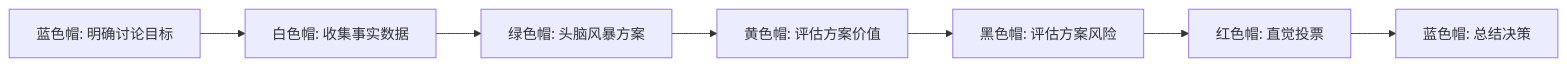
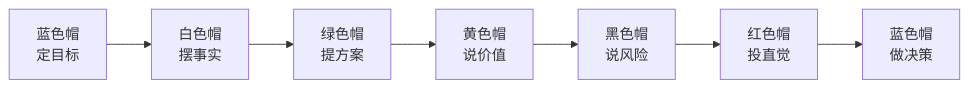
One commit to chongyang211/YCBookBlog changed the diagram in packages/website/13.书籍/05.自我精进·成事/03.事中执行/03.六顶思考帽方法.md. Above: the diagram before and after it, drawn with Mermaid. The commit also changed other lines of this file and 83 other files, not shown here.

````diff
--- a/packages/website/13.书籍/05.自我精进·成事/03.事中执行/03.六顶思考帽方法.md
+++ b/packages/website/13.书籍/05.自我精进·成事/03.事中执行/03.六顶思考帽方法.md
@@ -145,9 +96,9 @@
 ```mermaid
 graph LR
-    A[蓝色帽: 明确讨论目标] --> B[白色帽: 收集事实数据]
-    B --> C[绿色帽: 头脑风暴方案]
-    C --> D[黄色帽: 评估方案价值]
-    D --> E[黑色帽: 评估方案风险]
-    E --> F[红色帽: 直觉投票]
-    F --> G[蓝色帽: 总结决策]
+    B[蓝色帽<br/>定目标] --> W[白色帽<br/>摆事实]
+    W --> G[绿色帽<br/>提方案]
+    G --> Y[黄色帽<br/>说价值]
+    Y --> K[黑色帽<br/>说风险]
+    K --> R[红色帽<br/>投直觉]
+    R --> B2[蓝色帽<br/>做决策]
 ```
````
